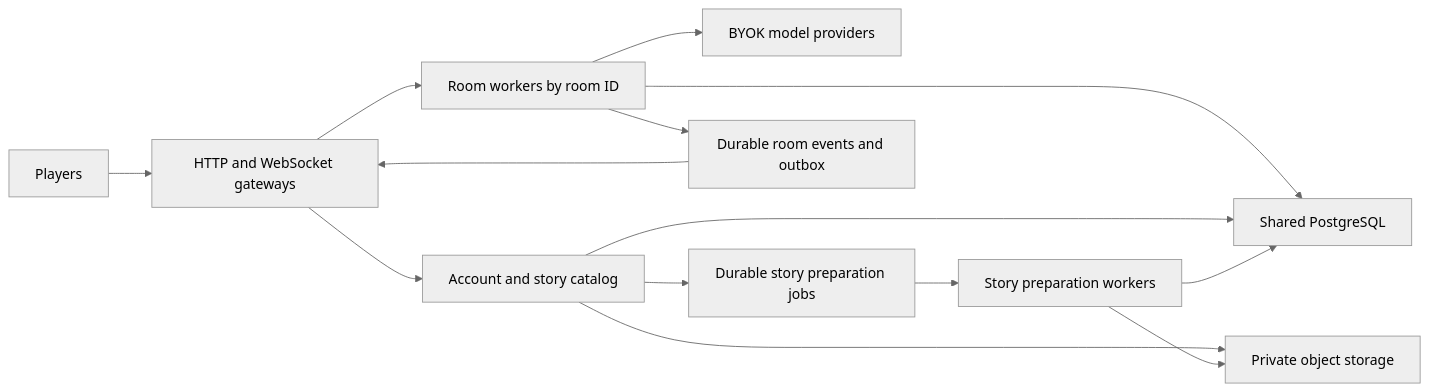
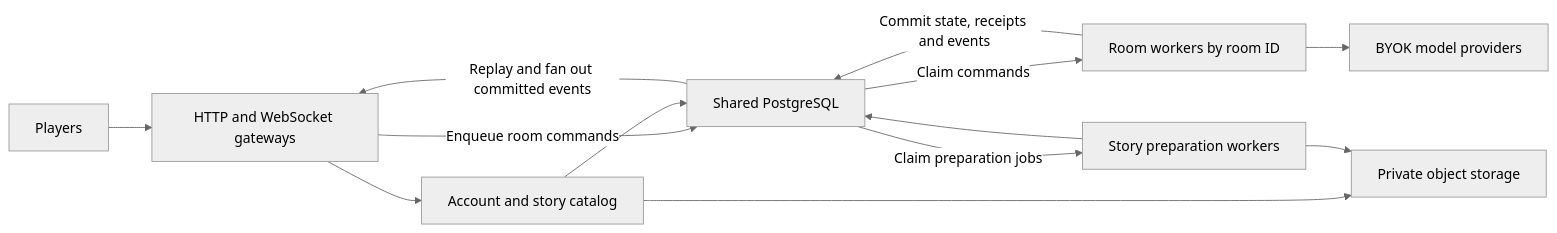
One commit to sunnyday9/COC-AI-KP-uni changed the diagram in docs/adr/0010-scale-out-deployment.md. Above: the diagram before and after it, drawn with Mermaid (neutral theme). The commit also changed other lines of this file and 11 other files, not shown here.

````diff
--- a/docs/adr/0010-scale-out-deployment.md
+++ b/docs/adr/0010-scale-out-deployment.md
@@ -13,16 +13,15 @@
 ```mermaid
 flowchart LR
   A[Players] --> G[HTTP and WebSocket gateways]
   G --> C[Account and story catalog]
-  G --> R[Room workers by room ID]
-  R --> P[Shared PostgreSQL]
+  G -->|Enqueue room commands| P[Shared PostgreSQL]
+  P -->|Claim commands| R[Room workers by room ID]
+  R -->|Commit state, receipts and events| P
   R --> L[BYOK model providers]
   C --> P
   C --> O[Private object storage]
-  C --> J[Durable story preparation jobs]
-  J --> W[Story preparation workers]
+  P -->|Claim preparation jobs| W[Story preparation workers]
   W --> O
   W --> P
-  R --> E[Durable room events and outbox]
-  E --> G
+  P -->|Replay and fan out committed events| G
 ```
````
